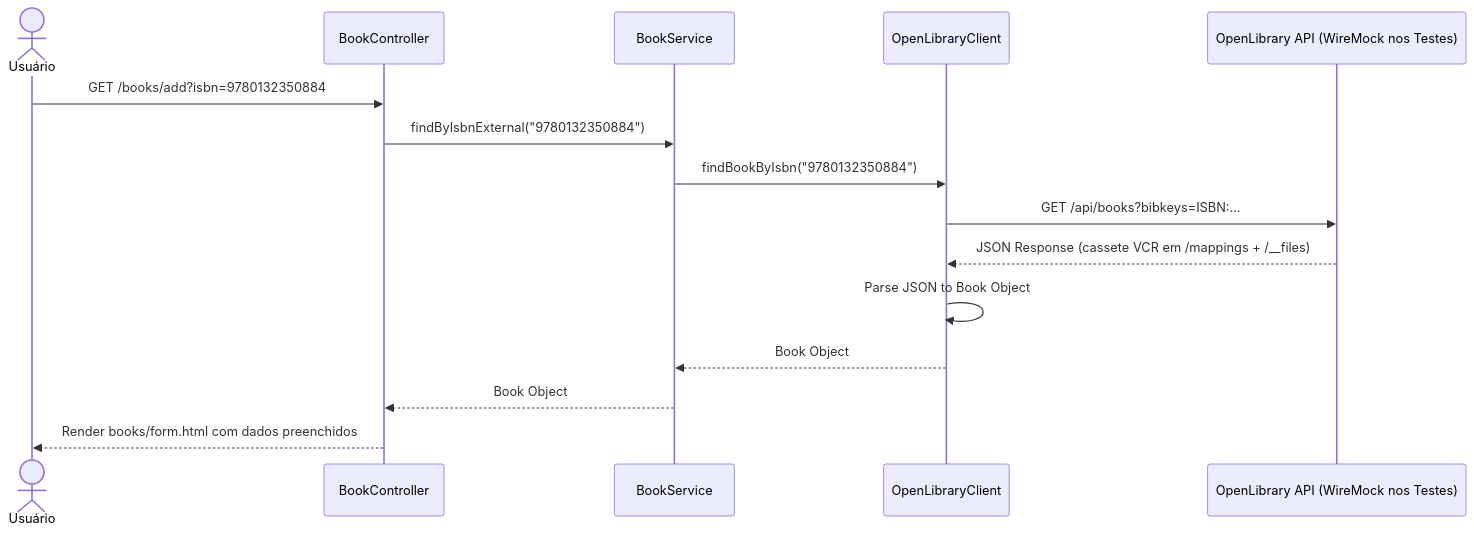
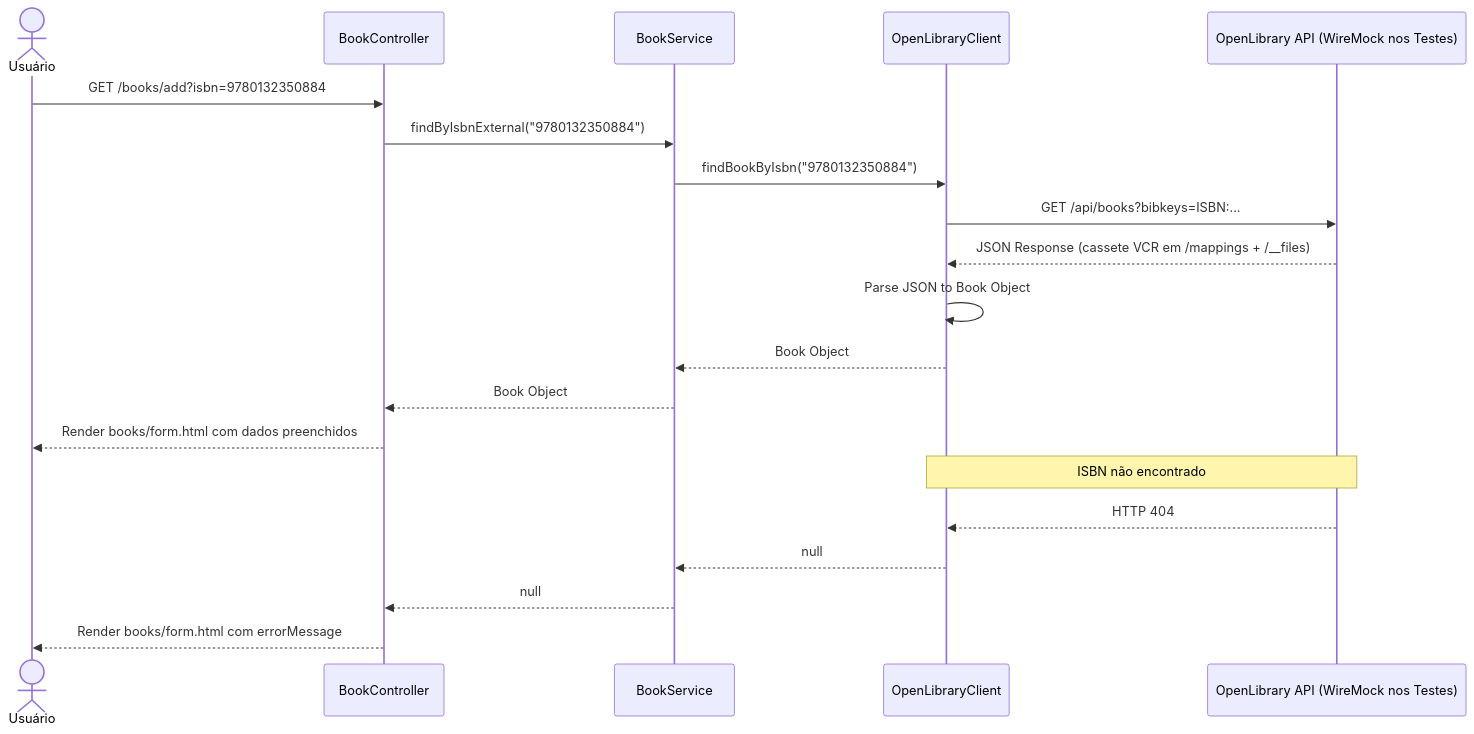
The sixth of 6 diagrams in RTM.md (cintiacarvv/Projeto-QS), drawn with Mermaid before and after one commit. The commit also changed other lines of this file and 6 other files, not shown here.

````diff
--- a/RTM.md
+++ b/RTM.md
@@ -114,18 +147,24 @@
 ```mermaid
 sequenceDiagram
     actor U as Usuário
     participant C as BookController
     participant S as BookService
     participant API as OpenLibraryClient
     participant W as OpenLibrary API (WireMock nos Testes)
 
     U->>C: GET /books/add?isbn=9780132350884
     C->>S: findByIsbnExternal("9780132350884")
     S->>API: findBookByIsbn("9780132350884")
     API->>W: GET /api/books?bibkeys=ISBN:...
     W-->>API: JSON Response (cassete VCR em /mappings + /__files)
     API->>API: Parse JSON to Book Object
     API-->>S: Book Object
     S-->>C: Book Object
     C-->>U: Render books/form.html com dados preenchidos
+
+    note over API,W: ISBN não encontrado
+    W-->>API: HTTP 404
+    API-->>S: null
+    S-->>C: null
+    C-->>U: Render books/form.html com errorMessage
 ```
````
